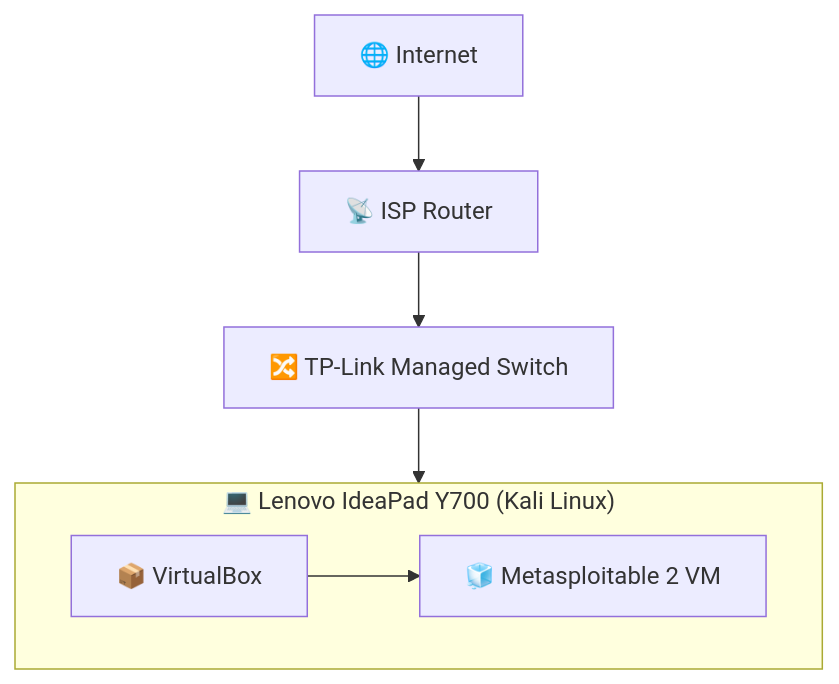
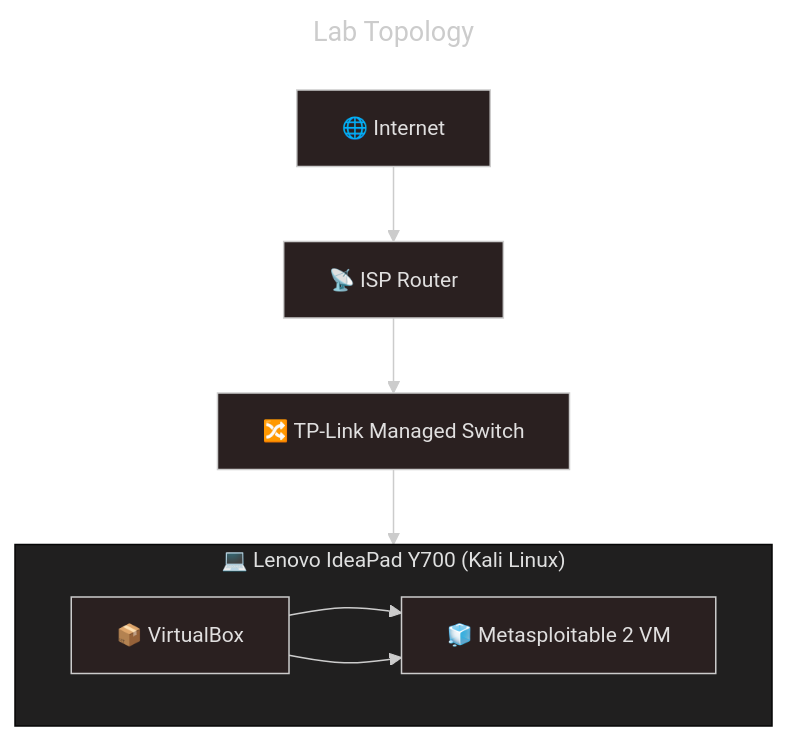
One commit to earnesttavares/HomeCyberLab_Kyanite changed the diagram in README.md. Above: the diagram before and after it, drawn with Mermaid. The commit also changed other lines of this file, not shown here.

Commit message:
Fix checklist item and improve Lab Topology formatting
Updated checklist item from '☑' to '☒' for clarity. Adjusted formatting in the Lab Topology section for consistency.

````diff
--- a/README.md
+++ b/README.md
@@ -49,16 +49,26 @@
 ```mermaid
+---
+title: Lab Topology
+config:
+  theme: neo-dark
+  themeVariables:
+    primaryColor:
+---
+
 flowchart TD
     Internet["🌐 Internet"]
     Router["📡 ISP Router"]
     Switch["🔀 TP-Link Managed Switch"]
 
     Internet --> Router
     Router --> Switch
 
     subgraph Host["💻 Lenovo IdeaPad Y700 (Kali Linux)"]
-    direction LR
-        VBox["📦 VirtualBox"] --> VM["🧊 Metasploitable 2 VM"]
+        direction LR
+        VBox["📦 VirtualBox"]-->VM["🧊 Metasploitable 2 VM"]
+
+        VBox --> VM
     end
 
     Switch --> VBox
 ```
````
